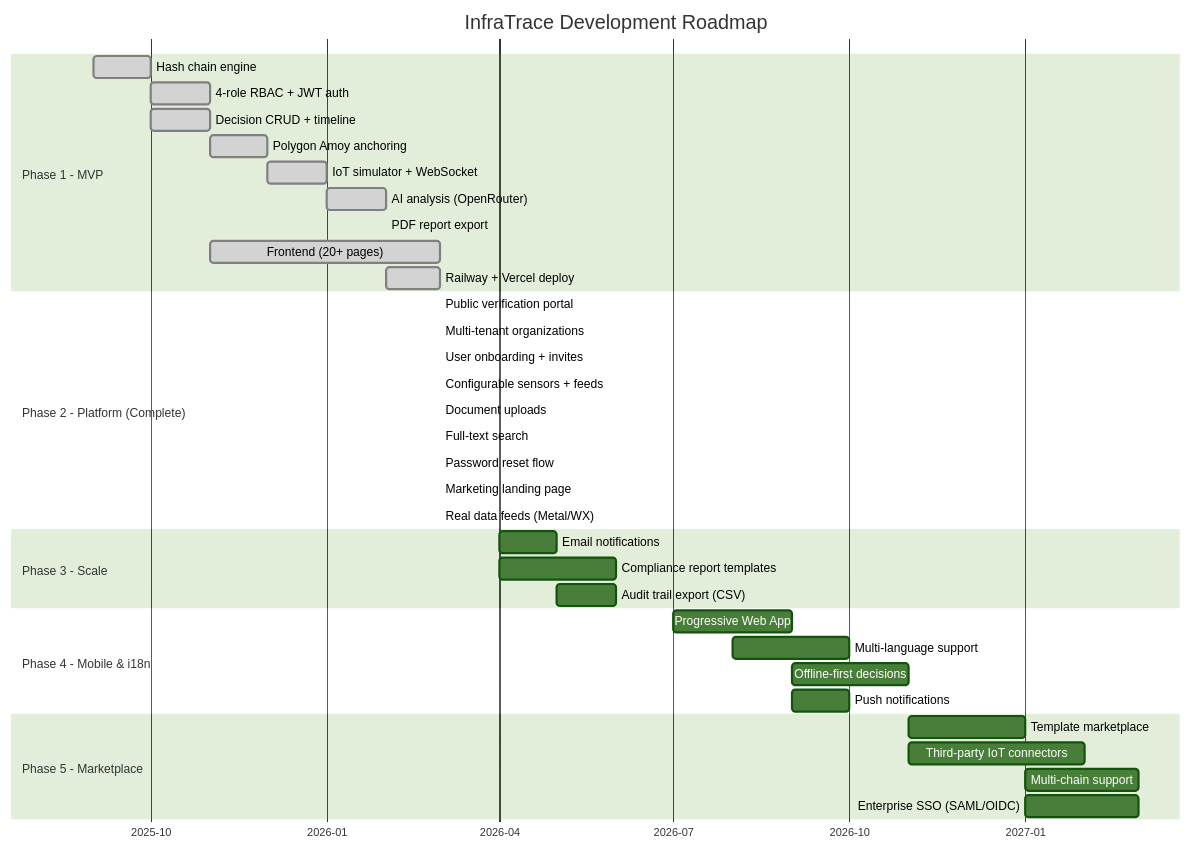
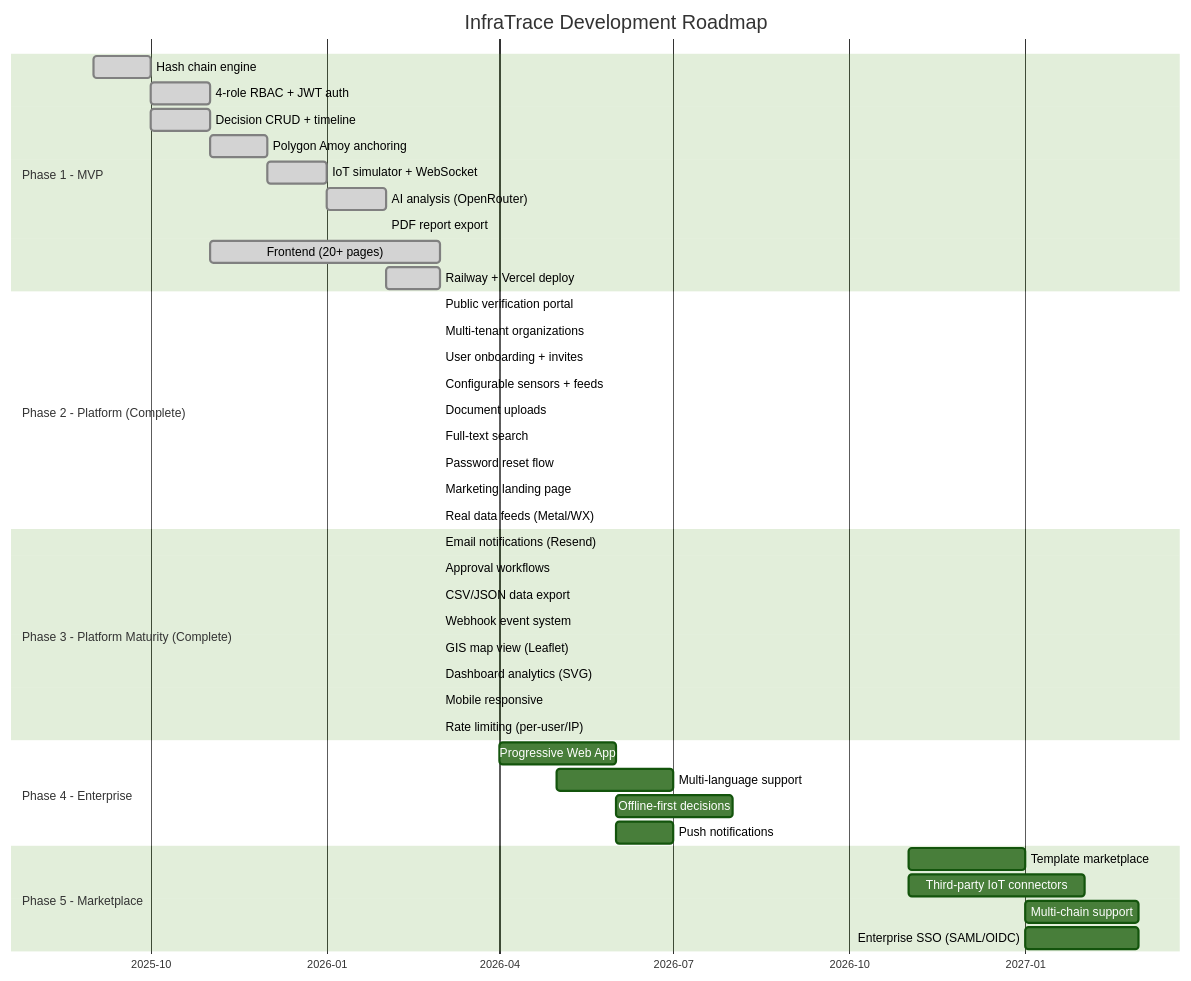
Diagram 14 of 19 in README.md (infratracer/infratrace), drawn with Mermaid (forest theme) before and after one commit. The commit also changed other lines of this file, not shown here.

Commit message:
docs: update README roadmap — Phase 3 complete (8 features)

````diff
--- a/README.md
+++ b/README.md
@@ -1387,45 +1387,50 @@
 ```mermaid
 gantt
     title InfraTrace Development Roadmap
     dateFormat YYYY-MM
     axisFormat %Y-%m
 
     section Phase 1 - MVP
     Hash chain engine           :done, p1a, 2025-09, 2025-10
     4-role RBAC + JWT auth      :done, p1b, 2025-10, 2025-11
     Decision CRUD + timeline    :done, p1c, 2025-10, 2025-11
     Polygon Amoy anchoring      :done, p1d, 2025-11, 2025-12
     IoT simulator + WebSocket   :done, p1e, 2025-12, 2026-01
     AI analysis (OpenRouter)    :done, p1f, 2026-01, 2026-02
     PDF report export           :done, p1g, 2026-02, 2026-02
     Frontend (20+ pages)         :done, p1h, 2025-11, 2026-03
     Railway + Vercel deploy     :done, p1i, 2026-02, 2026-03
 
     section Phase 2 - Platform (Complete)
     Public verification portal  :done, p2a, 2026-03, 2026-03
     Multi-tenant organizations  :done, p2b, 2026-03, 2026-03
     User onboarding + invites   :done, p2c, 2026-03, 2026-03
     Configurable sensors + feeds:done, p2d, 2026-03, 2026-03
     Document uploads            :done, p2e, 2026-03, 2026-03
     Full-text search            :done, p2f, 2026-03, 2026-03
     Password reset flow         :done, p2g, 2026-03, 2026-03
     Marketing landing page      :done, p2h, 2026-03, 2026-03
     Real data feeds (Metal/WX)  :done, p2i, 2026-03, 2026-03
 
-    section Phase 3 - Scale
-    Email notifications         :p3a, 2026-04, 2026-05
-    Compliance report templates :p3b, 2026-04, 2026-06
-    Audit trail export (CSV)    :p3c, 2026-05, 2026-06
+    section Phase 3 - Platform Maturity (Complete)
+    Email notifications (Resend):done, p3a, 2026-03, 2026-03
+    Approval workflows          :done, p3b, 2026-03, 2026-03
+    CSV/JSON data export        :done, p3c, 2026-03, 2026-03
+    Webhook event system        :done, p3d, 2026-03, 2026-03
+    GIS map view (Leaflet)      :done, p3e, 2026-03, 2026-03
+    Dashboard analytics (SVG)   :done, p3f, 2026-03, 2026-03
+    Mobile responsive           :done, p3g, 2026-03, 2026-03
+    Rate limiting (per-user/IP) :done, p3h, 2026-03, 2026-03
 
-    section Phase 4 - Mobile & i18n
-    Progressive Web App         :p4a, 2026-07, 2026-09
-    Multi-language support      :p4b, 2026-08, 2026-10
-    Offline-first decisions     :p4c, 2026-09, 2026-11
-    Push notifications          :p4d, 2026-09, 2026-10
+    section Phase 4 - Enterprise
+    Progressive Web App         :p4a, 2026-04, 2026-06
+    Multi-language support      :p4b, 2026-05, 2026-07
+    Offline-first decisions     :p4c, 2026-06, 2026-08
+    Push notifications          :p4d, 2026-06, 2026-07
 
     section Phase 5 - Marketplace
     Template marketplace        :p4a, 2026-11, 2027-01
     Third-party IoT connectors  :p4b, 2026-11, 2027-02
     Multi-chain support         :p4c, 2027-01, 2027-03
     Enterprise SSO (SAML/OIDC)  :p4d, 2027-01, 2027-03
 ```
````
